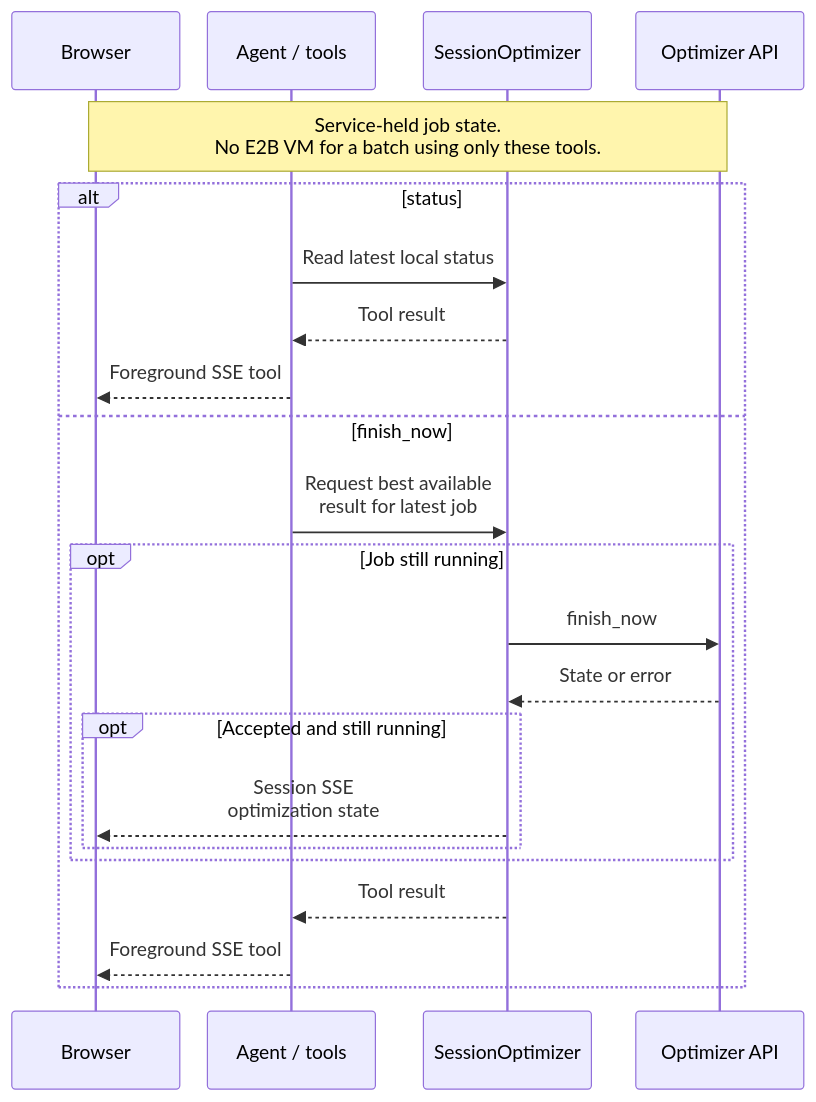
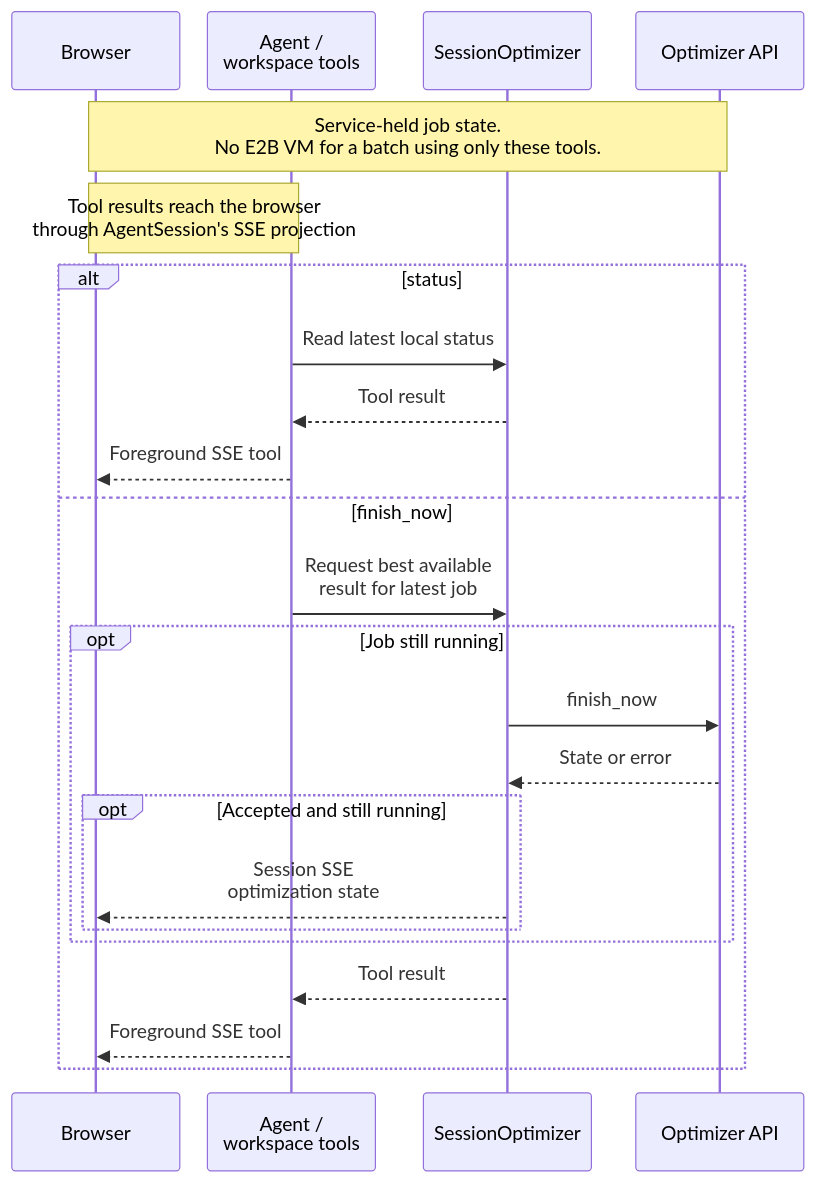
Before and after one commit to j3soon/nurse-scheduling: diagram 12 of 14 in docs/content/developer-guide/ai-assistant.md, drawn with Mermaid. The commit also changed other lines of this file and 1 other file, not shown here.

First line of the commit message:
docs(ai): clarify runtime flow and diagram relationships

````diff
--- a/docs/content/developer-guide/ai-assistant.md
+++ b/docs/content/developer-guide/ai-assistant.md
@@ -666,36 +622,37 @@
 ```mermaid
 ---
 config:
   sequence:
     actorMargin: 12
     width: 140
     diagramMarginX: 4
     diagramMarginY: 8
     wrap: false
     wrapPadding: 4
 ---
 sequenceDiagram
     participant Browser
-    participant Agent as Agent / tools
+    participant Agent as Agent /<br/>workspace tools
     participant Jobs as SessionOptimizer
     participant API as Optimizer API
 
     Note over Browser,API: Service-held job state.<br/>No E2B VM for a batch using only these tools.
+    Note over Browser,Agent: Tool results reach the browser<br/>through AgentSession's SSE projection
     alt status
         Agent->>Jobs: Read latest local status
         Jobs-->>Agent: Tool result
         Agent-->>Browser: Foreground SSE tool
     else finish_now
         Agent->>Jobs: Request best available<br/>result for latest job
         opt Job still running
             Jobs->>API: finish_now
             API-->>Jobs: State or error
             opt Accepted and still running
                 Jobs-->>Browser: Session SSE<br/>optimization state
             end
         end
         Jobs-->>Agent: Tool result
         Agent-->>Browser: Foreground SSE tool
     end
 
 ```
````
